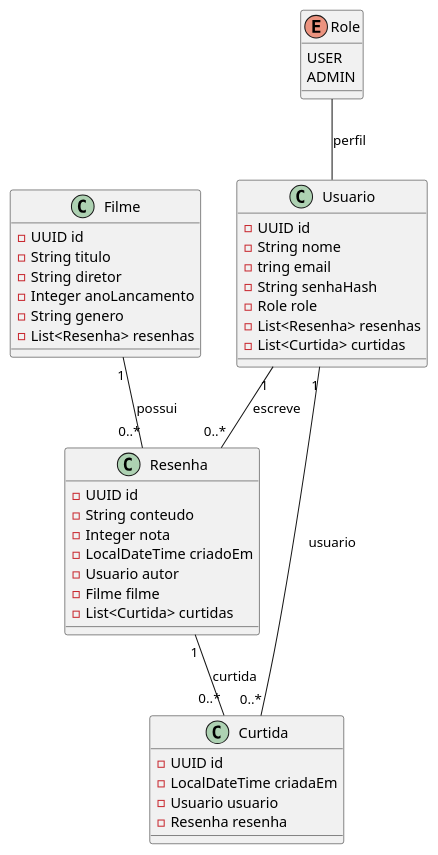
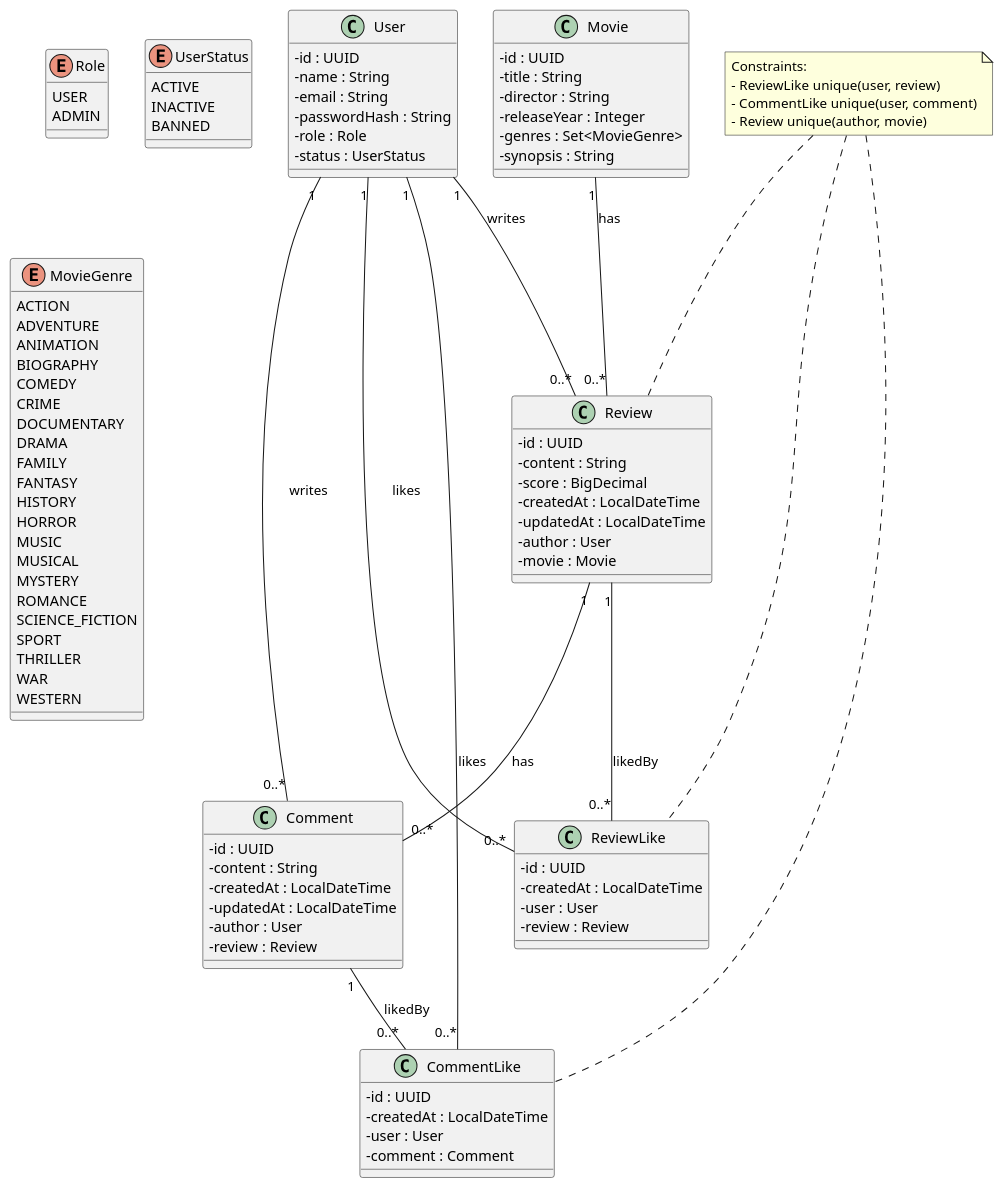
One commit to Kelvin-de-Oliveira/filme-note changed the diagram in docs/diagrams/class-diagram-domain.puml. Above: the diagram before and after it, drawn with PlantUML. The commit also changed 2 other files, not shown here.

```diff
--- a/docs/diagrams/class-diagram-domain.puml
+++ b/docs/diagrams/class-diagram-domain.puml
@@ -1,52 +1,106 @@
 @startuml
+skinparam classAttributeIconSize 0
 
-' Definição das classes
-class Usuario {
-    -UUID id
-    -String nome
-    -tring email
-    -String senhaHash
-    -Role role
-    -List<Resenha> resenhas
-    -List<Curtida> curtidas
+class User {
+  - id : UUID
+  - name : String
+  - email : String
+  - passwordHash : String
+  - role : Role
+  - status : UserStatus
 }
 
-class Filme {
-    -UUID id
-    -String titulo
-    -String diretor
-    -Integer anoLancamento
-    -String genero
-    -List<Resenha> resenhas
+class Movie {
+  - id : UUID
+  - title : String
+  - director : String
+  - releaseYear : Integer
+  - genres : Set<MovieGenre>
+  - synopsis : String
 }
 
-class Resenha {
-    -UUID id
-    -String conteudo
-    -Integer nota
-    -LocalDateTime criadoEm
-    -Usuario autor
-    -Filme filme
-    -List<Curtida> curtidas
+class Review {
+  - id : UUID
+  - content : String
+  - score : BigDecimal
+  - createdAt : LocalDateTime
+  - updatedAt : LocalDateTime
+  - author : User
+  - movie : Movie
 }
 
-class Curtida {
-    -UUID id
-    -LocalDateTime criadaEm
-    -Usuario usuario
-    -Resenha resenha
+class Comment {
+  - id : UUID
+  - content : String
+  - createdAt : LocalDateTime
+  - updatedAt : LocalDateTime
+  - author : User
+  - review : Review
+}
+
+class ReviewLike {
+  - id : UUID
+  - createdAt : LocalDateTime
+  - user : User
+  - review : Review
+}
+
+class CommentLike {
+  - id : UUID
+  - createdAt : LocalDateTime
+  - user : User
+  - comment : Comment
 }
 
 enum Role {
-    USER
-    ADMIN
+  USER
+  ADMIN
 }
 
-' Definição das relações
-Usuario "1" -- "0..*" Resenha : escreve
-Usuario "1" -- "0..*" Curtida : usuario
-Filme "1" -- "0..*" Resenha : possui
-Resenha "1" -- "0..*" Curtida : curtida
-Role -- Usuario : perfil
+enum UserStatus {
+  ACTIVE
+  INACTIVE
+  BANNED
+}
+
+enum MovieGenre {
+  ACTION
+  ADVENTURE
+  ANIMATION
+  BIOGRAPHY
+  COMEDY
+  CRIME
+  DOCUMENTARY
+  DRAMA
+  FAMILY
+  FANTASY
+  HISTORY
+  HORROR
+  MUSIC
+  MUSICAL
+  MYSTERY
+  ROMANCE
+  SCIENCE_FICTION
+  SPORT
+  THRILLER
+  WAR
+  WESTERN
+}
+
+' Relationships
+User "1" -- "0..*" Review : writes
+User "1" -- "0..*" ReviewLike : likes
+User "1" -- "0..*" Comment : writes
+User "1" -- "0..*" CommentLike : likes
+
+Movie "1" -- "0..*" Review : has
+Review "1" -- "0..*" Comment : has
+Review "1" -- "0..*" ReviewLike : likedBy
+Comment "1" -- "0..*" CommentLike : likedBy
+
+note "Constraints:\n- ReviewLike unique(user, review)\n- CommentLike unique(user, comment)\n- Review unique(author, movie)" as N1
+N1 .. ReviewLike
+N1 .. CommentLike
+N1 .. Review
 
 @enduml
```
